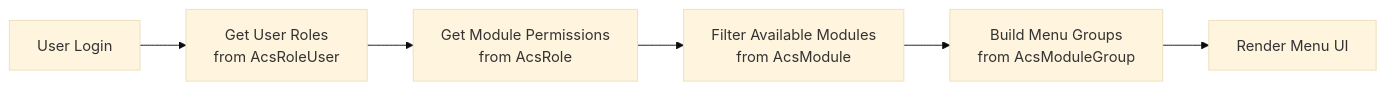
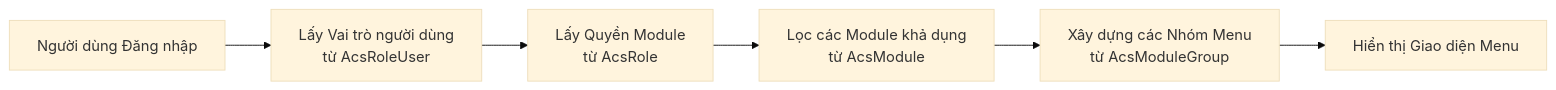
The ninth of 16 diagrams in docs/his-ba-documentation/03-business-domains/administration/access-control.md (thangpnb/HIS), drawn with Mermaid (base theme) before and after one commit. The commit also changed other lines of this file and 30 other files, not shown here.

Commit message:
Refactor architecture docs and update translations

````diff
--- a/docs/his-ba-documentation/03-business-domains/administration/access-control.md
+++ b/docs/his-ba-documentation/03-business-domains/administration/access-control.md
@@ -492,8 +492,8 @@
 ```mermaid
 graph LR
-    Login["User Login"] --> GetRoles["Get User Roles<br/>from AcsRoleUser"]
-    GetRoles --> GetPerms["Get Module Permissions<br/>from AcsRole"]
-    GetPerms --> FilterModules["Filter Available Modules<br/>from AcsModule"]
-    FilterModules --> BuildGroups["Build Menu Groups<br/>from AcsModuleGroup"]
-    BuildGroups --> RenderMenu["Render Menu UI"]
+    Login["Người dùng Đăng nhập"] --> GetRoles["Lấy Vai trò người dùng<br/>từ AcsRoleUser"]
+    GetRoles --> GetPerms["Lấy Quyền Module<br/>từ AcsRole"]
+    GetPerms --> FilterModules["Lọc các Module khả dụng<br/>từ AcsModule"]
+    FilterModules --> BuildGroups["Xây dựng các Nhóm Menu<br/>từ AcsModuleGroup"]
+    BuildGroups --> RenderMenu["Hiển thị Giao diện Menu"]
 ```
````
